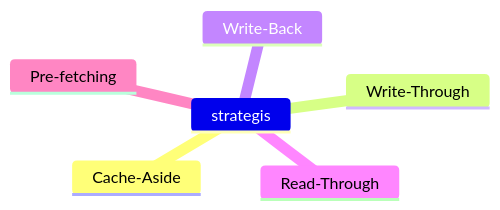
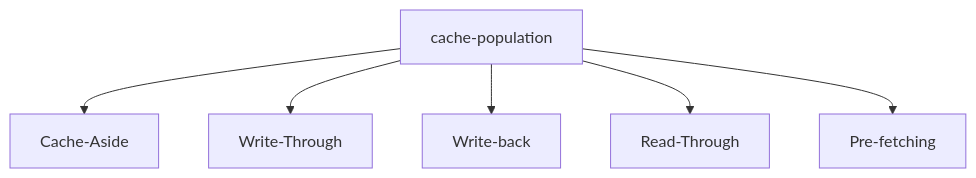
One commit to Sri2103/LearningNotes changed the diagram in caching/strategies/cache-population.md. Above: the diagram before and after it, drawn with Mermaid. The commit also changed other lines of this file and 1 other file, not shown here.

Commit message:
changing  mindmap to graph

````diff
--- a/caching/strategies/cache-population.md
+++ b/caching/strategies/cache-population.md
@@ -5,9 +5,8 @@
 ```mermaid
-mindmap
-    strategis
-        Cache-Aside
-        Write-Through
-        Write-Back
-        Read-Through
-        Pre-fetching
+graph TD
+  cache-population --> Cache-Aside
+  cache-population --> Write-Through
+  cache-population --> Write-back
+  cache-population -->Read-Through
+  cache-population -->Pre-fetching
 ```
````
